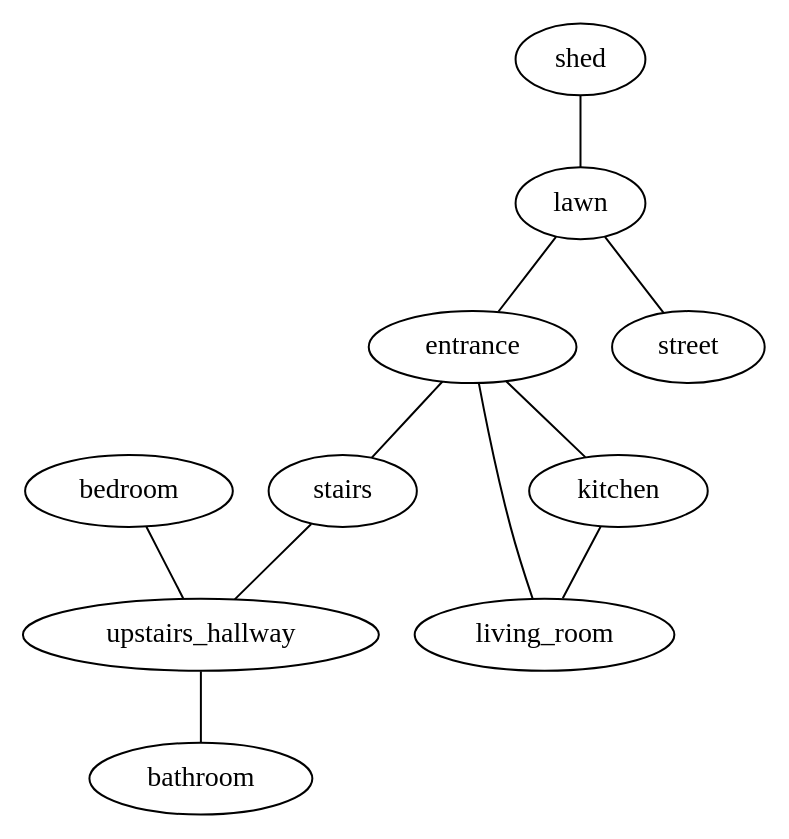
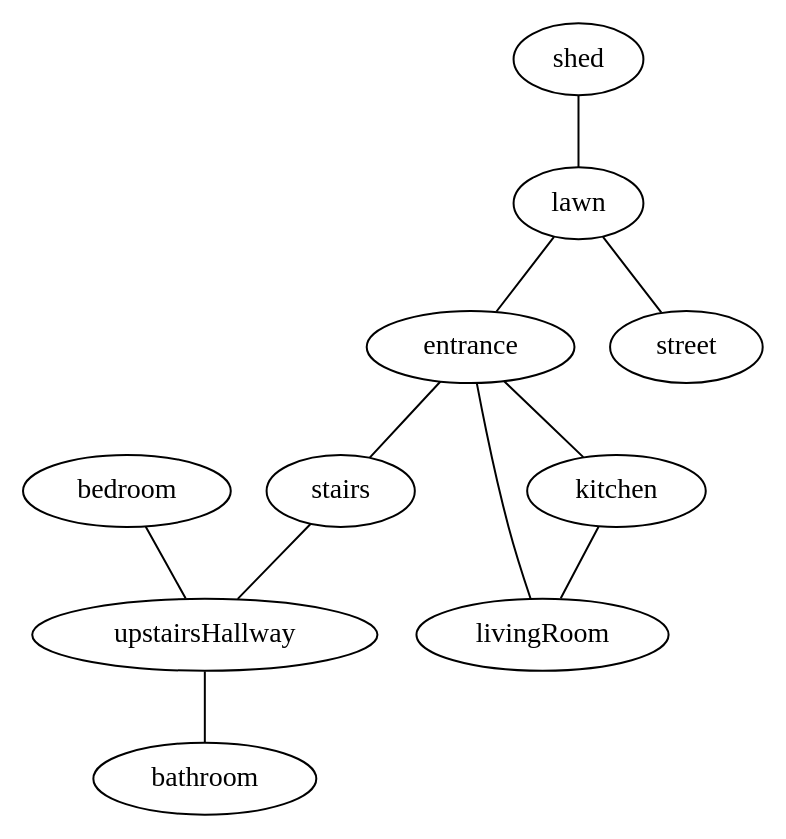
One commit to maelys-mcardle/adventure changed the diagram in samples/simple/entities/places/state.dot. Above: the diagram before and after it, drawn with Graphviz. The commit also changed 7 other files, not shown here.

```diff
--- a/samples/simple/entities/places/state.dot
+++ b/samples/simple/entities/places/state.dot
@@ -1,12 +1,12 @@
 graph location {
 
     subgraph house {
-        bedroom -- upstairs_hallway -- bathroom
-        stairs -- upstairs_hallway
-        living_room -- entrance -- stairs
-        entrance -- kitchen -- living_room
+        bedroom -- upstairsHallway -- bathroom
+        stairs -- upstairsHallway
+        livingRoom -- entrance -- stairs
+        entrance -- kitchen -- livingRoom
     }
 
     shed -- lawn -- entrance
     lawn -- street
 }
```
